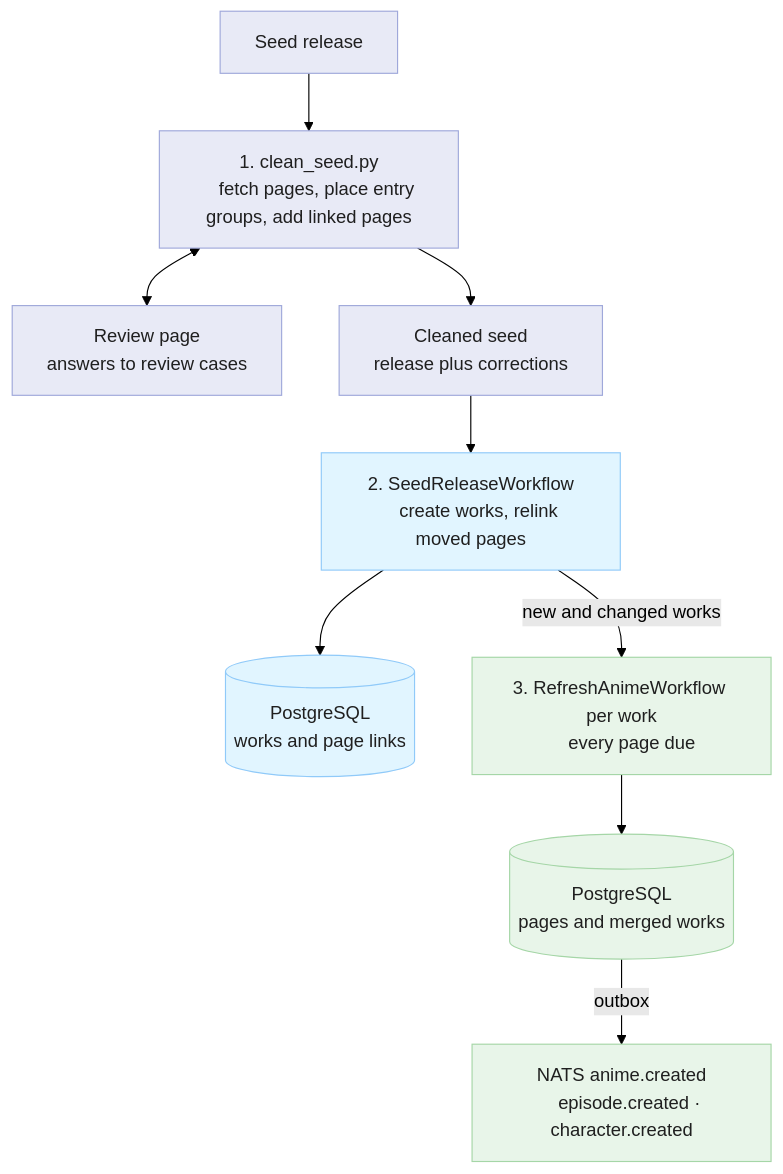
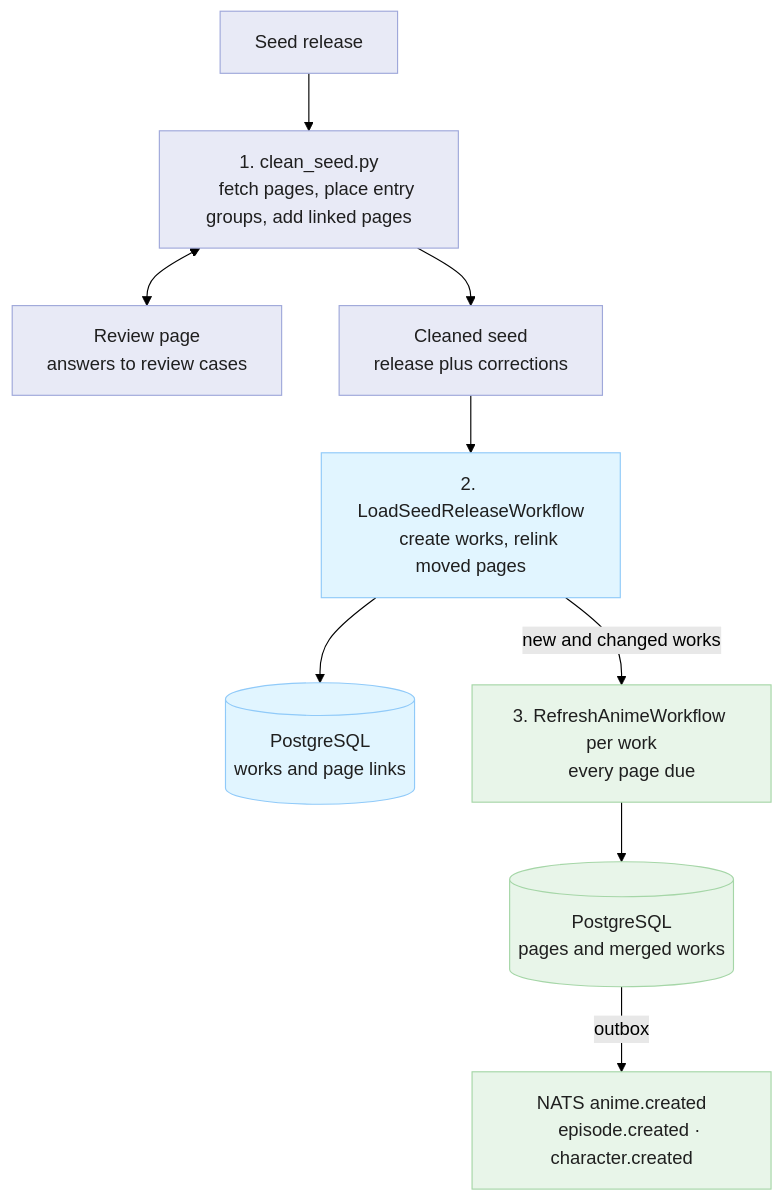
One commit to adnanaq/echora changed the diagram in docs/architecture/ingestion_pipeline.md. Above: the diagram before and after it, drawn with Mermaid (forest theme). The commit also changed other lines of this file and 9 other files, not shown here.

First line of the commit message:
docs(architecture): update graph plan and naming

````diff
--- a/docs/architecture/ingestion_pipeline.md
+++ b/docs/architecture/ingestion_pipeline.md
@@ -34,36 +34,36 @@
 ```mermaid
 flowchart TD
     seed["Seed release"]
     cleaning["1. clean_seed.py
     fetch pages, place entry groups, add linked pages"]
     review["Review page
     answers to review cases"]
     cleaned["Cleaned seed
     release plus corrections"]
-    seedwf["2. SeedReleaseWorkflow
+    seedwf["2. LoadSeedReleaseWorkflow
     create works, relink moved pages"]
     links[("PostgreSQL
     works and page links")]
     refresh["3. RefreshAnimeWorkflow per work
     every page due"]
     saved[("PostgreSQL
     pages and merged works")]
     events["NATS anime.created
     episode.created · character.created"]
 
     seed --> cleaning
     cleaning <--> review
     cleaning --> cleaned
     cleaned --> seedwf
     seedwf --> links
     seedwf -->|new and changed works| refresh
     refresh --> saved
     saved -->|outbox| events
 
     classDef clean fill:#e8eaf6,stroke:#9fa8da,color:#1f1f1f
     classDef load fill:#e1f5ff,stroke:#90caf9,color:#1f1f1f
     classDef enrich fill:#e8f5e9,stroke:#a5d6a7,color:#1f1f1f
     class seed,cleaning,review,cleaned clean
     class seedwf,links load
     class refresh,saved,events enrich
 ```
````
